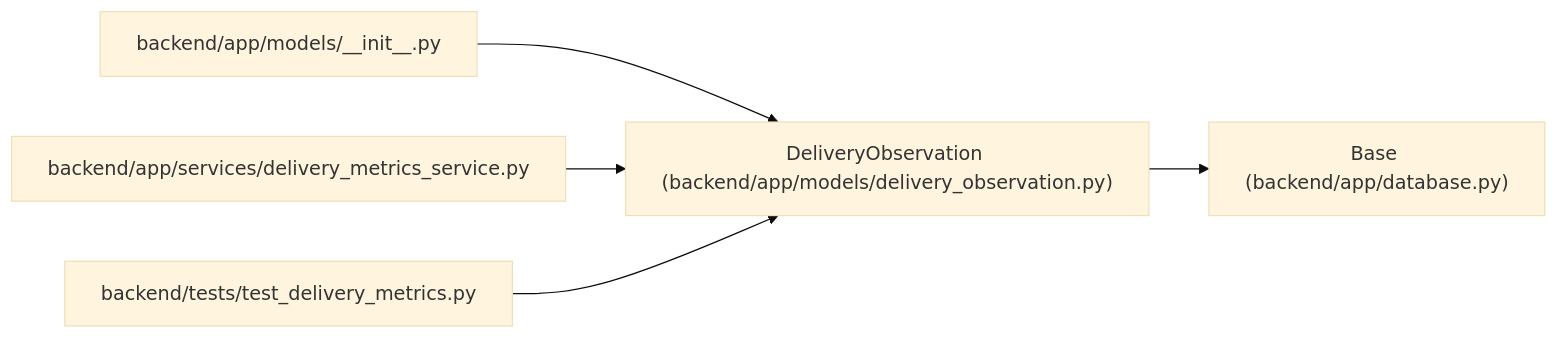
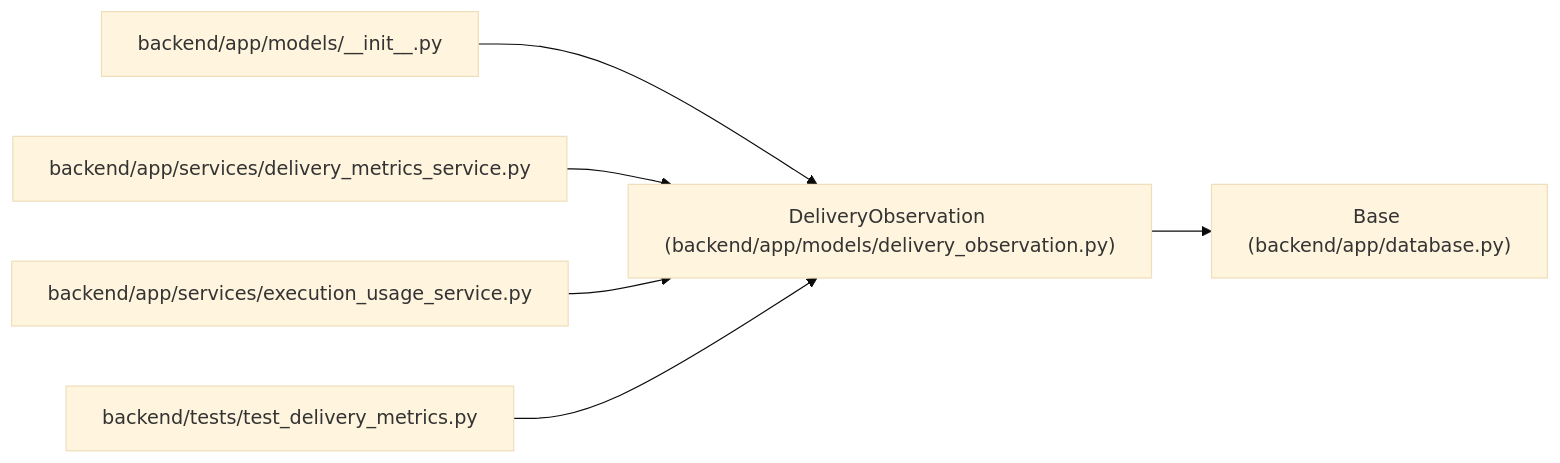
Before and after one commit to Denissvgn/WorkChord: the diagram in docs/llm_wiki/entities/DeliveryObservation.md, drawn with Mermaid (base theme). The commit also changed other lines of this file and 623 other files, not shown here.

Commit message:
docs(wiki): synchronize execution usage and pricing evidence

````diff
--- a/docs/llm_wiki/entities/DeliveryObservation.md
+++ b/docs/llm_wiki/entities/DeliveryObservation.md
@@ -34,17 +34,20 @@
 ```mermaid
 flowchart LR
     n0["DeliveryObservation (backend/app/models/delivery_observation.py)"]
     n1["Base (backend/app/database.py)"]
     n2["backend/app/models/__init__.py"]
     n3["backend/app/services/delivery_metrics_service.py"]
-    n4["backend/tests/test_delivery_metrics.py"]
+    n4["backend/app/services/execution_usage_service.py"]
+    n5["backend/tests/test_delivery_metrics.py"]
     n0 --> n1
     n2 --> n0
     n3 --> n0
     n4 --> n0
+    n5 --> n0
     click n0 "../modules/delivery_observation.md"
     click n1 "../modules/app_database.md"
     click n2 "../modules/models___init__.md"
     click n3 "../modules/delivery_metrics_service.md"
-    click n4 "../modules/test_delivery_metrics.md"
+    click n4 "../modules/execution_usage_service.md"
+    click n5 "../modules/test_delivery_metrics.md"
 ```
````
